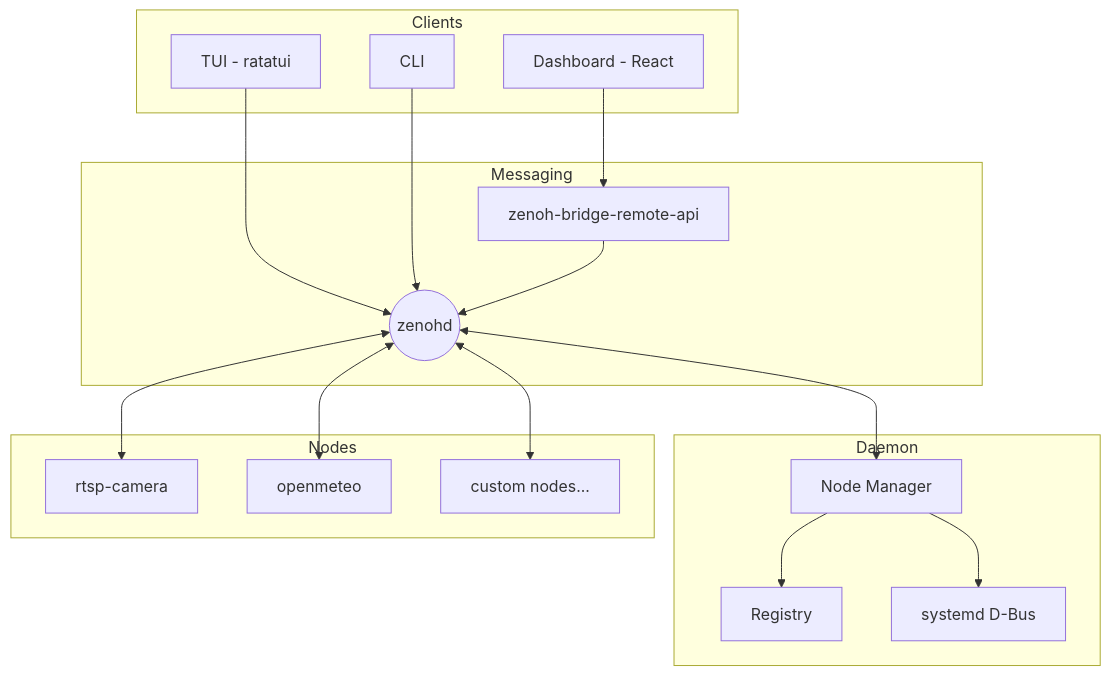
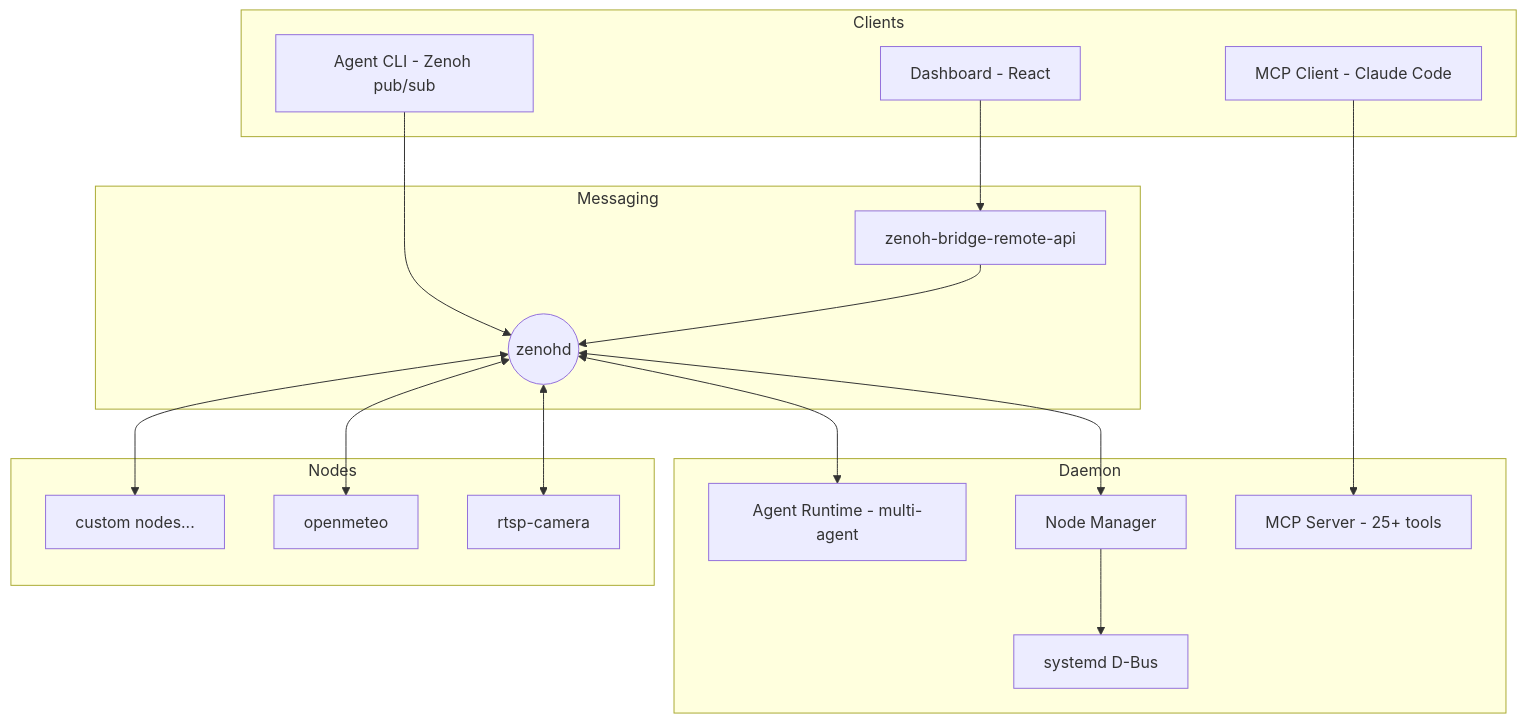
The diagram in docs/index.md (kornia/bubbaloop), drawn with Mermaid before and after one commit. The commit also changed other lines of this file and 41 other files, not shown here.

First line of the commit message:
feat: multi-agent Zenoh gateway with runtime, CLI client, and daemon integration

````diff
--- a/docs/index.md
+++ b/docs/index.md
@@ -40,35 +40,36 @@
 ```mermaid
 flowchart TB
     subgraph Clients
-        tui[TUI - ratatui]
+        agent_cli[Agent CLI - Zenoh pub/sub]
         dash[Dashboard - React]
-        cli[CLI]
+        mcp_client[MCP Client - Claude Code]
     end
 
     subgraph Messaging
         bridge[zenoh-bridge-remote-api]
         zenohd((zenohd))
     end
 
     subgraph Daemon
         nm[Node Manager]
-        reg[Registry]
+        mcp[MCP Server - 25+ tools]
+        runtime[Agent Runtime - multi-agent]
         sysd[systemd D-Bus]
     end
 
     subgraph Nodes
         cam[rtsp-camera]
         weather[openmeteo]
         custom[custom nodes...]
     end
 
-    tui --> zenohd
-    cli --> zenohd
+    agent_cli --> zenohd
+    mcp_client --> mcp
     dash --> bridge --> zenohd
     zenohd <--> nm
-    nm --> reg
+    zenohd <--> runtime
     nm --> sysd
     zenohd <--> cam
     zenohd <--> weather
     zenohd <--> custom
 ```
````
